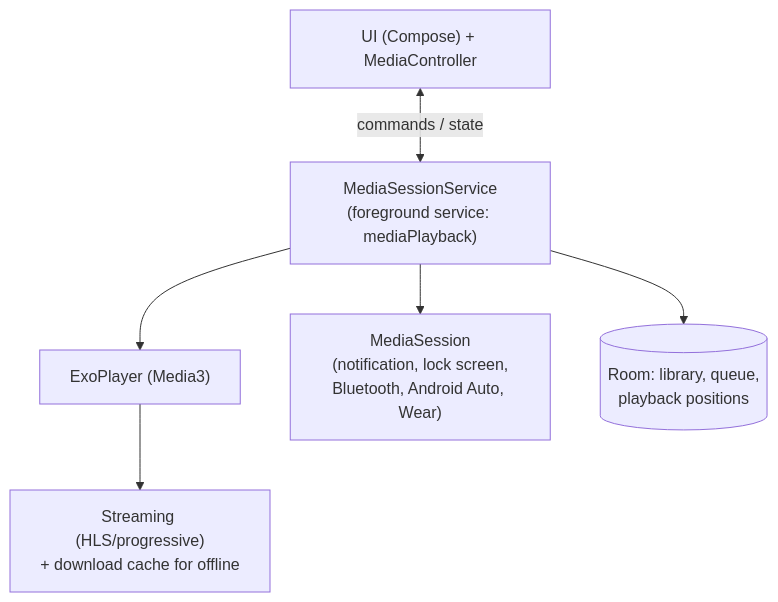
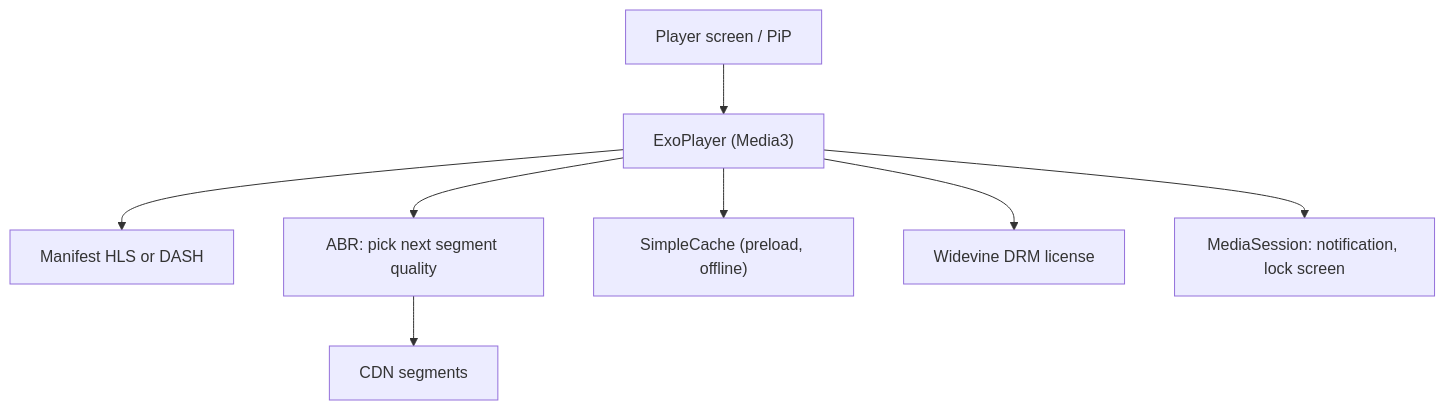
Before and after one commit to AkshayAshokCode/Android-Interview-Questions-cheat-sheet: the tenth of 24 diagrams in topics/23-system-design.md, drawn with Mermaid. The commit also changed other lines of this file and 4 other files, not shown here.

````diff
--- a/topics/23-system-design.md
+++ b/topics/23-system-design.md
@@ -412,8 +655,10 @@
 ```mermaid
 flowchart TD
-    UI["UI (Compose) + MediaController"] <-->|"commands / state"| SVC["MediaSessionService<br/>(foreground service: mediaPlayback)"]
-    SVC --> P["ExoPlayer (Media3)"]
-    SVC --> MS["MediaSession<br/>(notification, lock screen,<br/>Bluetooth, Android Auto, Wear)"]
-    P --> SRC["Streaming (HLS/progressive)<br/>+ download cache for offline"]
-    SVC --> DB[("Room: library, queue,<br/>playback positions")]
+    UI["Player screen / PiP"] --> P["ExoPlayer (Media3)"]
+    P --> M["Manifest HLS or DASH"]
+    P --> ABR["ABR: pick next segment quality"]
+    ABR --> CDN["CDN segments"]
+    P --> CACHE["SimpleCache (preload, offline)"]
+    P --> DRM["Widevine DRM license"]
+    P --> MS["MediaSession: notification, lock screen"]
 ```
````
